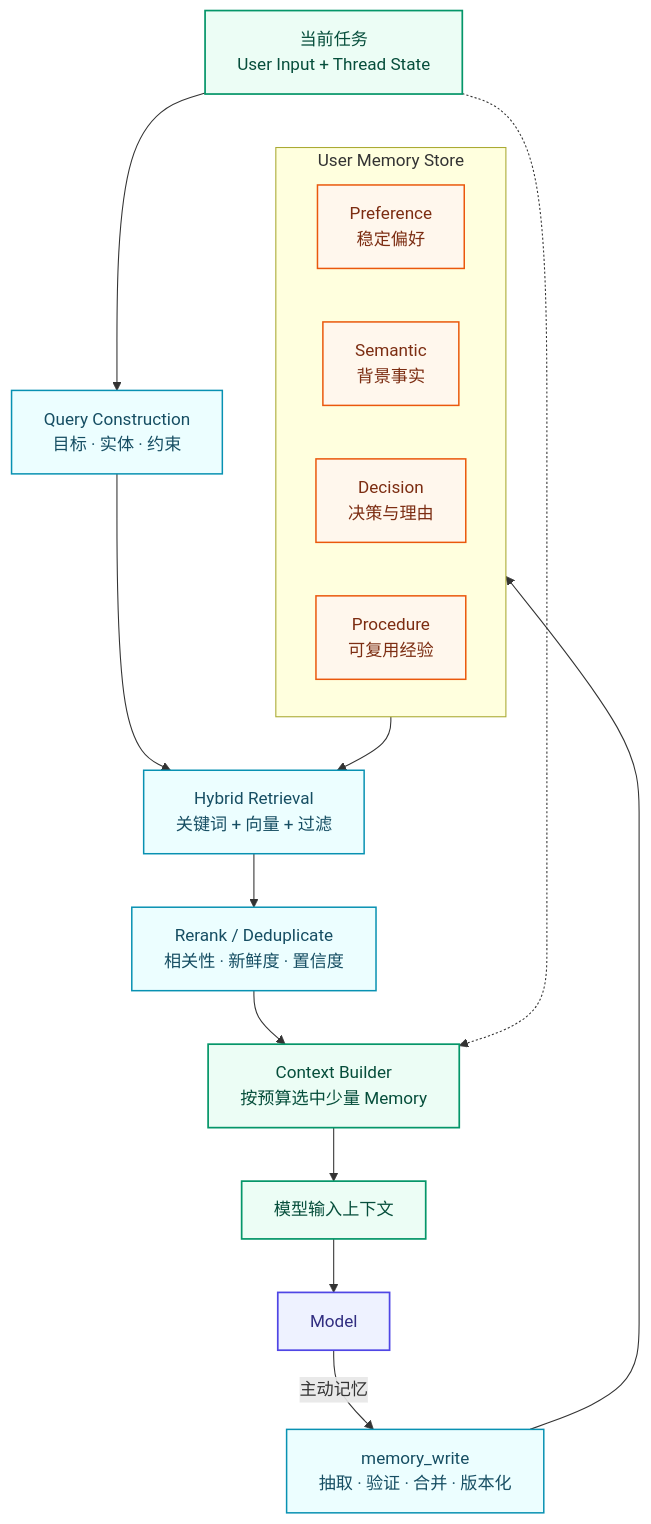
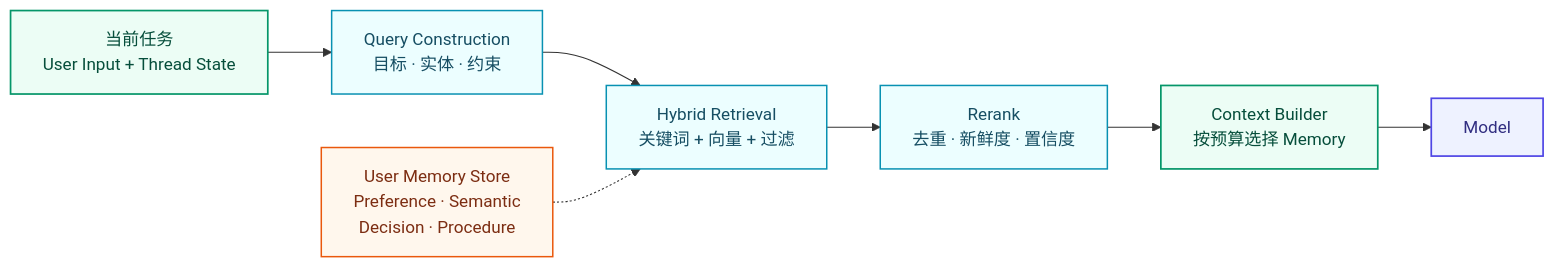
The fourth of 4 diagrams in AG.md (Kovember/Cool_boy), drawn with Mermaid before and after one commit. The commit also changed other lines of this file and 1 other file, not shown here.

Commit message:
docs: refine agent and model serving notes

````diff
--- a/AG.md
+++ b/AG.md
@@ -1594,34 +1561,22 @@
 ```mermaid
-flowchart TB
-    subgraph STORE["User Memory Store"]
-        direction LR
-        P["Preference<br/>稳定偏好"]
-        S["Semantic<br/>背景事实"]
-        D["Decision<br/>决策与理由"]
-        R["Procedure<br/>可复用经验"]
-    end
-
+flowchart LR
+    STORE["User Memory Store<br/>Preference · Semantic<br/>Decision · Procedure"]
     TURN["当前任务<br/>User Input + Thread State"]
     QUERY["Query Construction<br/>目标 · 实体 · 约束"]
     RETRIEVE["Hybrid Retrieval<br/>关键词 + 向量 + 过滤"]
-    RANK["Rerank / Deduplicate<br/>相关性 · 新鲜度 · 置信度"]
-    CB["Context Builder<br/>按预算选中少量 Memory"]
-    INPUT["模型输入上下文"]
+    RANK["Rerank<br/>去重 · 新鲜度 · 置信度"]
+    CB["Context Builder<br/>按预算选择 Memory"]
     MODEL["Model"]
-    WRITE["memory_write<br/>抽取 · 验证 · 合并 · 版本化"]
 
-    TURN --> QUERY --> RETRIEVE
-    STORE --> RETRIEVE
-    RETRIEVE --> RANK --> CB --> INPUT --> MODEL
-    MODEL -->|"主动记忆"| WRITE --> STORE
-    TURN -.-> CB
+    TURN --> QUERY --> RETRIEVE --> RANK --> CB --> MODEL
+    STORE -.-> RETRIEVE
 
     classDef store fill:#FFF7ED,stroke:#EA580C,color:#7C2D12,stroke-width:1.4px;
     classDef process fill:#ECFEFF,stroke:#0891B2,color:#164E63,stroke-width:1.4px;
     classDef context fill:#ECFDF5,stroke:#059669,color:#064E3B,stroke-width:1.6px;
     classDef model fill:#EEF2FF,stroke:#4F46E5,color:#312E81,stroke-width:1.6px;
-    class P,S,D,R store;
-    class QUERY,RETRIEVE,RANK,WRITE process;
-    class TURN,CB,INPUT context;
+    class STORE store;
+    class QUERY,RETRIEVE,RANK process;
+    class TURN,CB context;
     class MODEL model;
 ```
````
